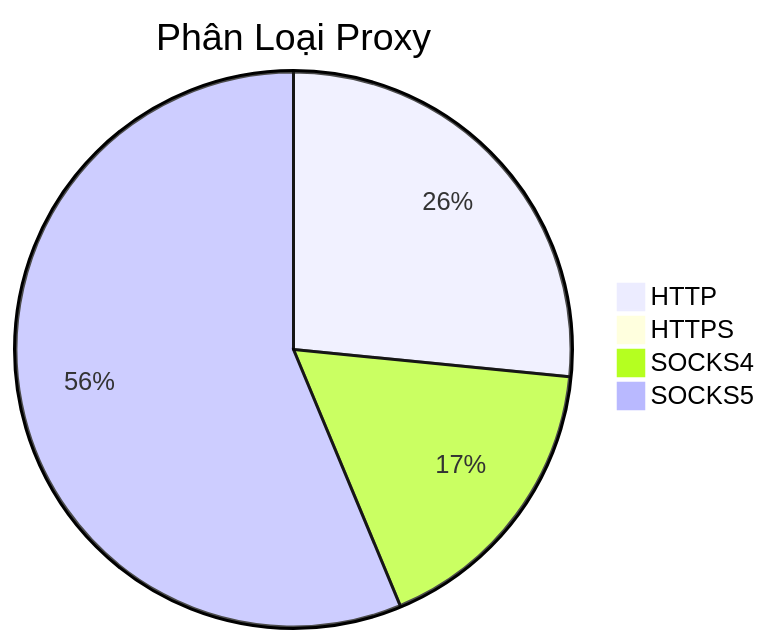
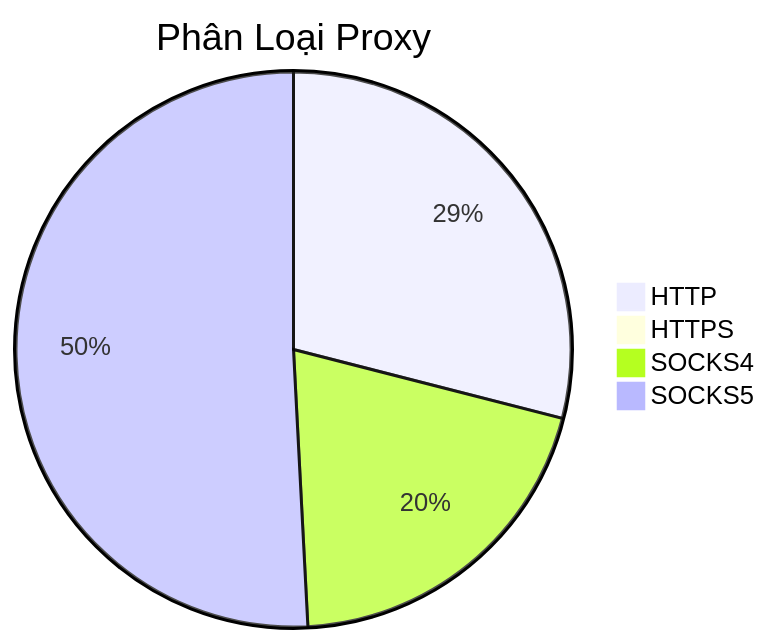
One commit to Ciara-Aa/PROXY-free changed the diagram in README.md. Above: the diagram before and after it, drawn with Mermaid. The commit also changed other lines of this file and 4 other files, not shown here.

````diff
--- a/README.md
+++ b/README.md
@@ -26,7 +26,7 @@
 ```mermaid
 pie title Phân Loại Proxy
-    "HTTP" : 533
-    "HTTPS" : 13
-    "SOCKS4" : 344
-    "SOCKS5" : 1129
+    "HTTP" : 421
+    "HTTPS" : 12
+    "SOCKS4" : 293
+    "SOCKS5" : 738
 ```
````
